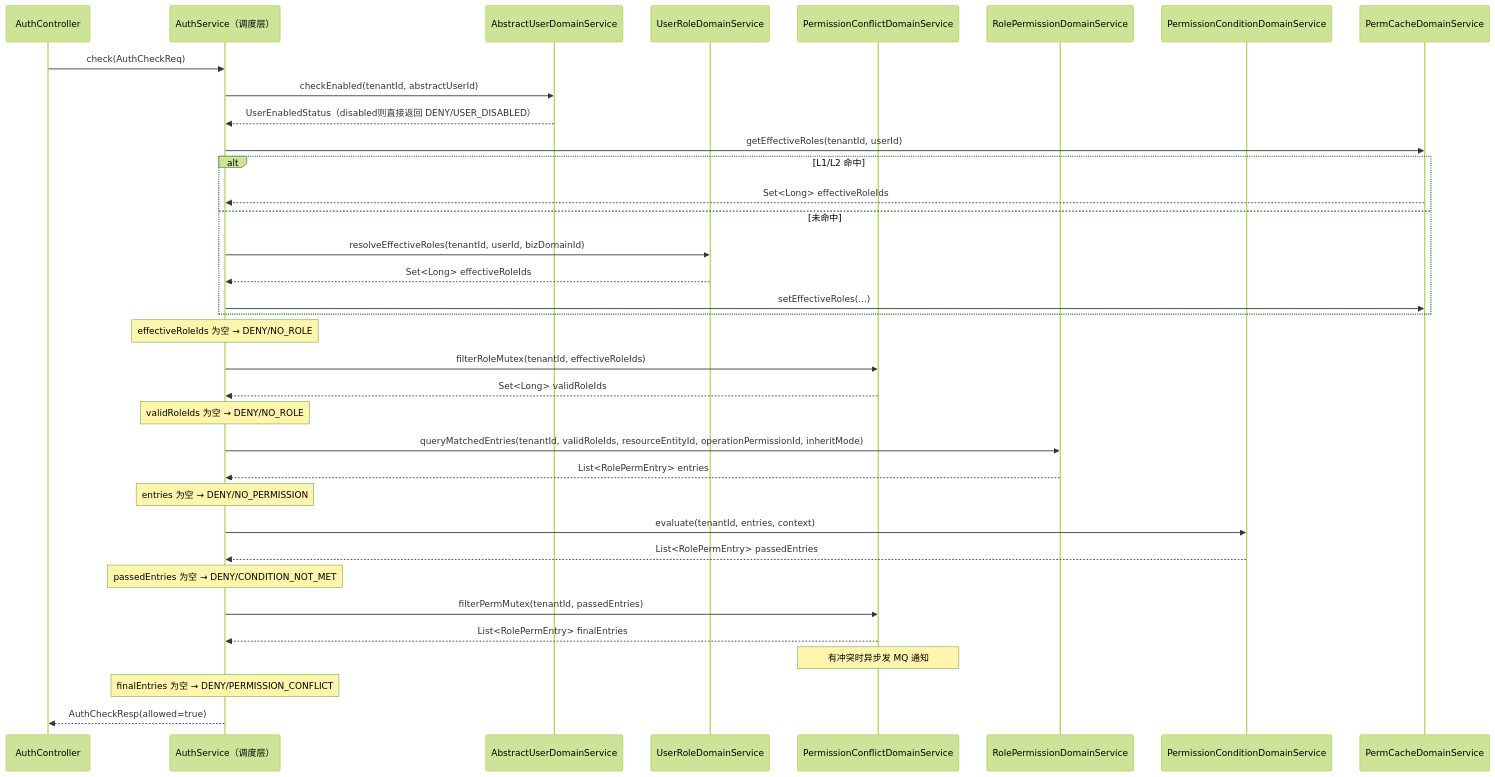
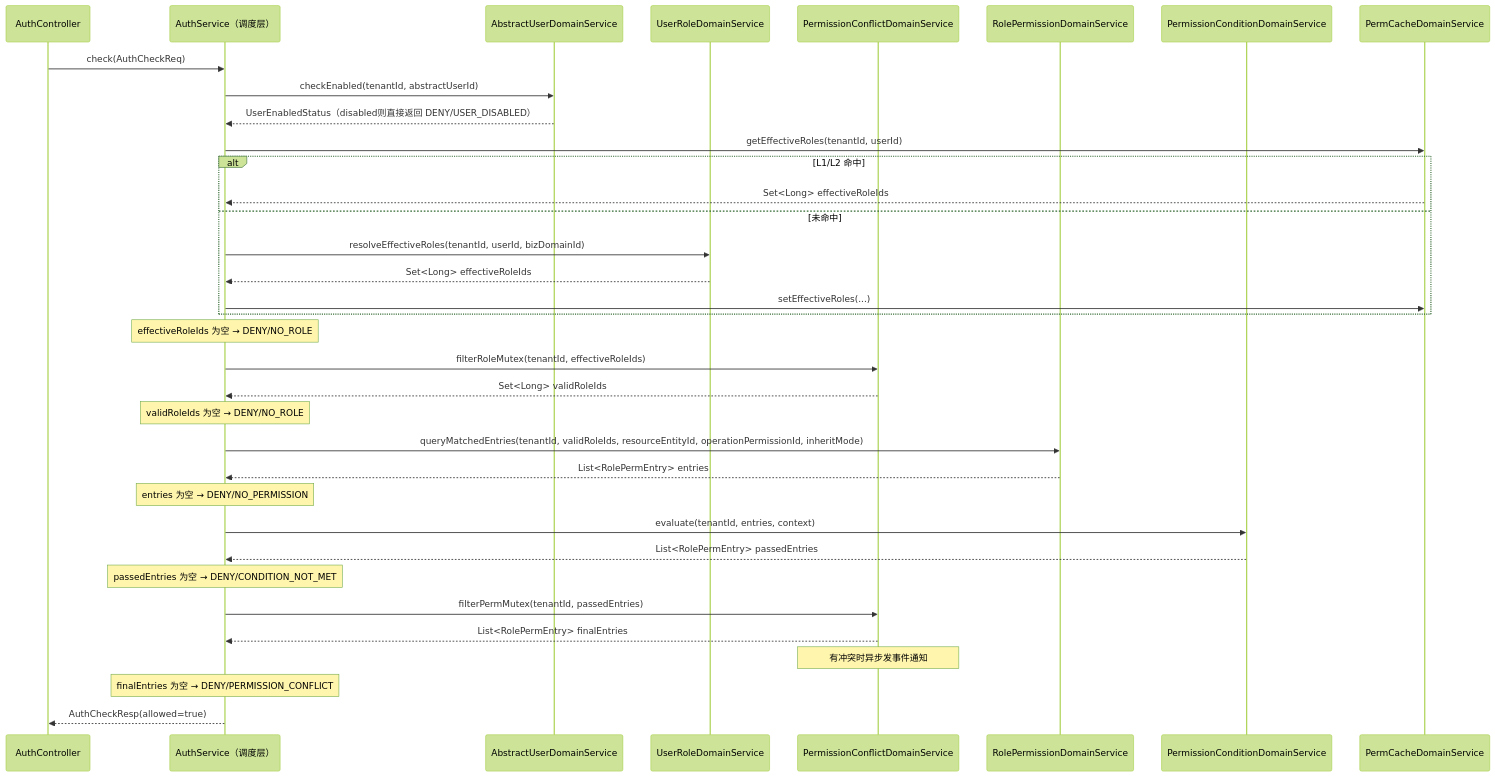
One commit to fage-org/Access-Mesh changed the first of 3 diagrams in plan/PERMISSION_CENTER_IMPL_DESIGN.md. Above: the diagram before and after it, drawn with Mermaid (forest theme). The commit also changed other lines of this file and 22 other files, not shown here.

First line of the commit message:
Revise docs: API conventions and architecture

````diff
--- a/plan/PERMISSION_CENTER_IMPL_DESIGN.md
+++ b/plan/PERMISSION_CENTER_IMPL_DESIGN.md
@@ -338,50 +344,50 @@
 ```mermaid
 sequenceDiagram
     participant C as AuthController
     participant AS as AuthService（调度层）
     participant AUD as AbstractUserDomainService
     participant URD as UserRoleDomainService
     participant PCD as PermissionConflictDomainService
     participant RPD as RolePermissionDomainService
     participant COND as PermissionConditionDomainService
     participant CACHE as PermCacheDomainService
 
     C->>AS: check(AuthCheckReq)
 
     AS->>AUD: checkEnabled(tenantId, abstractUserId)
     AUD-->>AS: UserEnabledStatus（disabled则直接返回 DENY/USER_DISABLED）
 
     AS->>CACHE: getEffectiveRoles(tenantId, userId)
     alt L1/L2 命中
         CACHE-->>AS: Set<Long> effectiveRoleIds
     else 未命中
         AS->>URD: resolveEffectiveRoles(tenantId, userId, bizDomainId)
         URD-->>AS: Set<Long> effectiveRoleIds
         AS->>CACHE: setEffectiveRoles(...)
     end
 
     Note over AS: effectiveRoleIds 为空 → DENY/NO_ROLE
 
     AS->>PCD: filterRoleMutex(tenantId, effectiveRoleIds)
     PCD-->>AS: Set<Long> validRoleIds
 
     Note over AS: validRoleIds 为空 → DENY/NO_ROLE
 
     AS->>RPD: queryMatchedEntries(tenantId, validRoleIds, resourceEntityId, operationPermissionId, inheritMode)
     RPD-->>AS: List<RolePermEntry> entries
 
     Note over AS: entries 为空 → DENY/NO_PERMISSION
 
     AS->>COND: evaluate(tenantId, entries, context)
     COND-->>AS: List<RolePermEntry> passedEntries
 
     Note over AS: passedEntries 为空 → DENY/CONDITION_NOT_MET
 
     AS->>PCD: filterPermMutex(tenantId, passedEntries)
     PCD-->>AS: List<RolePermEntry> finalEntries
-    Note over PCD: 有冲突时异步发 MQ 通知
+    Note over PCD: 有冲突时异步发事件通知
 
     Note over AS: finalEntries 为空 → DENY/PERMISSION_CONFLICT
 
     AS-->>C: AuthCheckResp(allowed=true)
 ```
````
